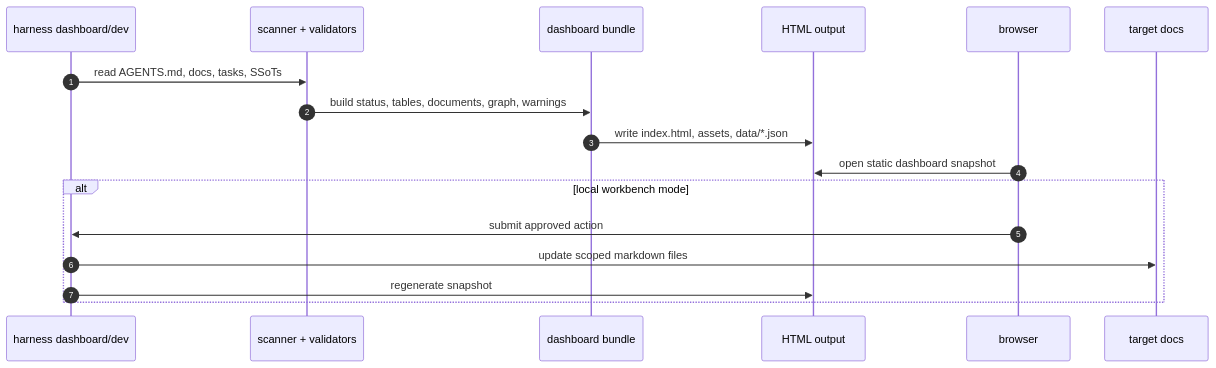
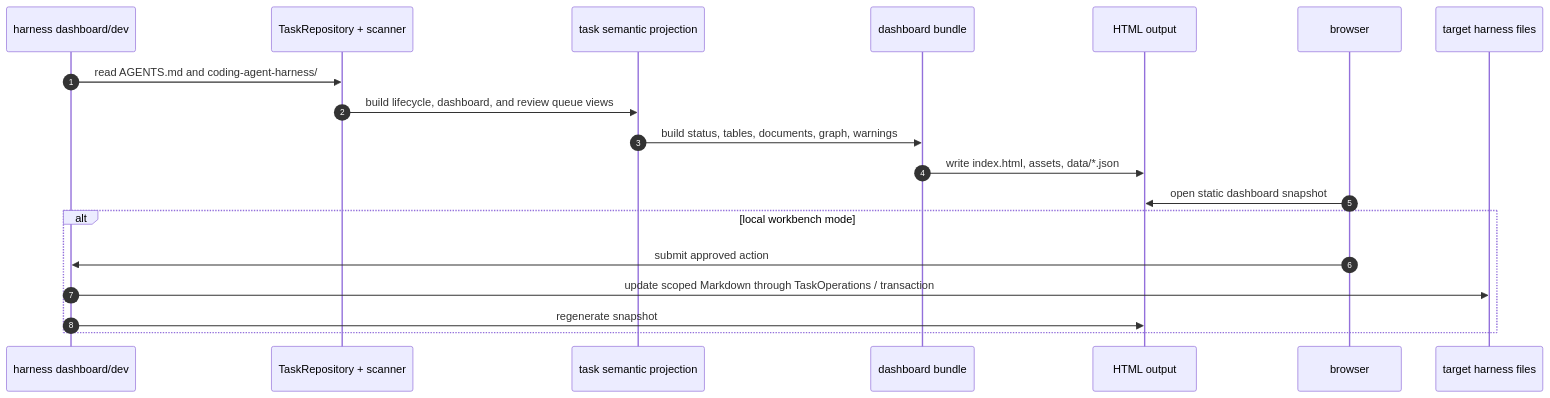
One commit to FairladyZ625/coding-agent-harness changed the fifth of 11 diagrams in docs-release/architecture/overview.md. Above: the diagram before and after it, drawn with Mermaid. The commit also changed other lines of this file and 13 other files, not shown here.

Commit message:
docs: align release architecture docs

````diff
--- a/docs-release/architecture/overview.md
+++ b/docs-release/architecture/overview.md
@@ -135,20 +141,22 @@
 ```mermaid
 sequenceDiagram
   autonumber
   participant CLI as harness dashboard/dev
-  participant Scanner as scanner + validators
+  participant Repo as TaskRepository + scanner
+  participant Projection as task semantic projection
   participant Bundle as dashboard bundle
   participant Output as HTML output
   participant Browser as browser
-  participant Target as target docs
+  participant Target as target harness files
 
-  CLI->>Scanner: read AGENTS.md, docs, tasks, SSoTs
-  Scanner->>Bundle: build status, tables, documents, graph, warnings
+  CLI->>Repo: read AGENTS.md and coding-agent-harness/
+  Repo->>Projection: build lifecycle, dashboard, and review queue views
+  Projection->>Bundle: build status, tables, documents, graph, warnings
   Bundle->>Output: write index.html, assets, data/*.json
   Browser->>Output: open static dashboard snapshot
   alt local workbench mode
     Browser->>CLI: submit approved action
-    CLI->>Target: update scoped markdown files
+    CLI->>Target: update scoped Markdown through TaskOperations / transaction
     CLI->>Output: regenerate snapshot
   end
 ```
````
